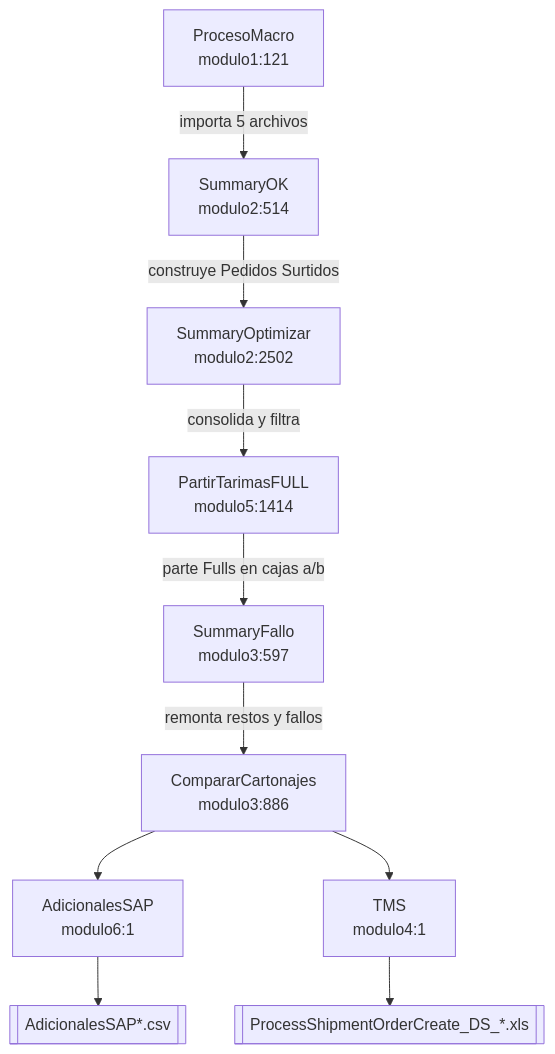
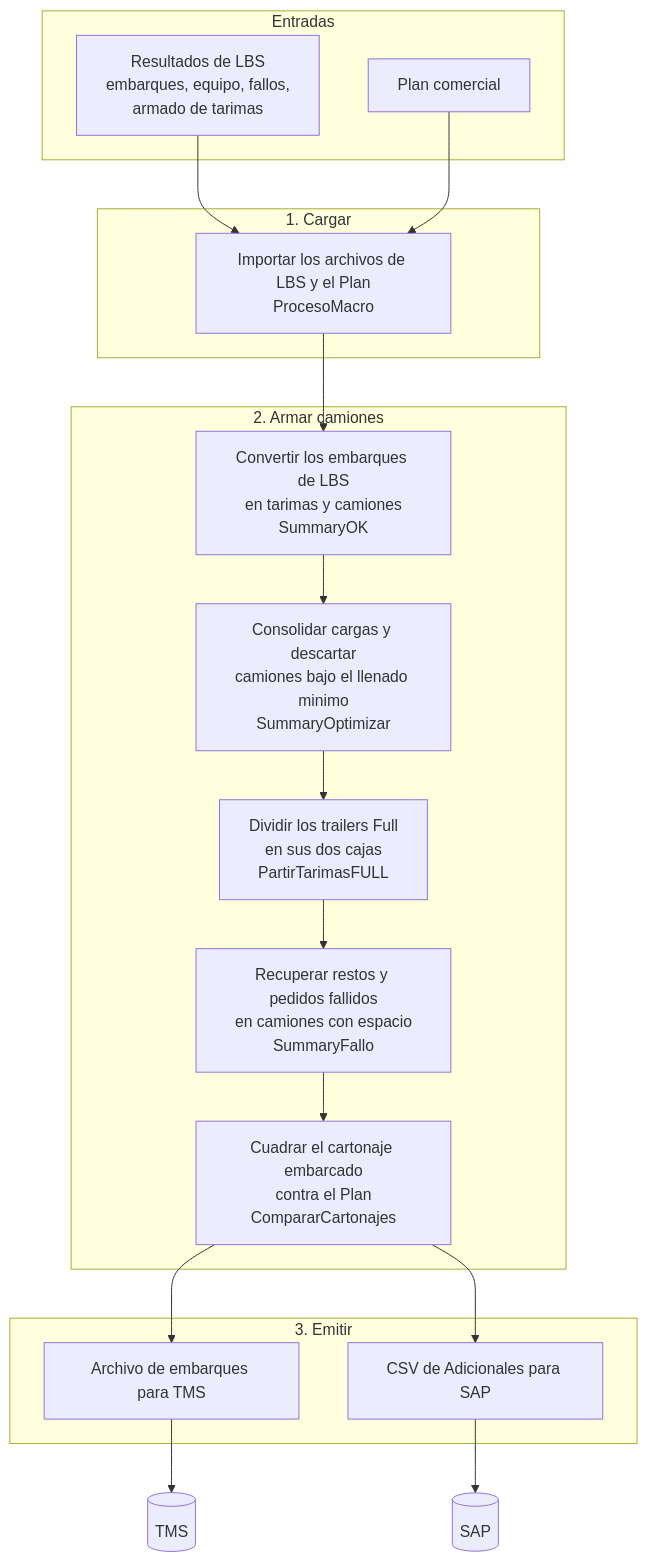
The third of 3 diagrams in documentation/Macro Salida/README.md (jp-hidalgo-ABI/Documentacion-Macros-LBS), drawn with Mermaid before and after one commit. The commit also changed other lines of this file, not shown here.

````diff
--- a/documentation/Macro Salida/README.md
+++ b/documentation/Macro Salida/README.md
@@ -18,21 +359,32 @@
 ```mermaid
 flowchart TB
-  P["ProcesoMacro<br/>modulo1:121"]
-  OK["SummaryOK<br/>modulo2:514"]
-  OPT["SummaryOptimizar<br/>modulo2:2502"]
-  PT["PartirTarimasFULL<br/>modulo5:1414"]
-  SF["SummaryFallo<br/>modulo3:597"]
-  CC["CompararCartonajes<br/>modulo3:886"]
-  SAP["AdicionalesSAP<br/>modulo6:1"]
-  TMS["TMS<br/>modulo4:1"]
+  subgraph inputs [Entradas]
+    LbsOut["Resultados de LBS<br/>embarques, equipo, fallos,<br/>armado de tarimas"]
+    PlanIn["Plan comercial"]
+  end
 
-  P -->|"importa 5 archivos"| OK
-  OK -->|"construye Pedidos Surtidos"| OPT
-  OPT -->|"consolida y filtra"| PT
-  PT -->|"parte Fulls en cajas a/b"| SF
-  SF -->|"remonta restos y fallos"| CC
-  CC --> SAP
-  CC --> TMS
-  TMS --> Out[["ProcessShipmentOrderCreate_DS_*.xls"]]
-  SAP --> Csv[["AdicionalesSAP*.csv"]]
+  subgraph load [1. Cargar]
+    Importar["Importar los archivos de LBS y el Plan<br/>ProcesoMacro"]
+  end
+
+  subgraph build [2. Armar camiones]
+    Construir["Convertir los embarques de LBS<br/>en tarimas y camiones<br/>SummaryOK"]
+    Optimizar["Consolidar cargas y descartar<br/>camiones bajo el llenado minimo<br/>SummaryOptimizar"]
+    Partir["Dividir los trailers Full<br/>en sus dos cajas<br/>PartirTarimasFULL"]
+    Remontar["Recuperar restos y pedidos fallidos<br/>en camiones con espacio<br/>SummaryFallo"]
+    Cuadrar["Cuadrar el cartonaje embarcado<br/>contra el Plan<br/>CompararCartonajes"]
+  end
+
+  subgraph emit [3. Emitir]
+    OutTms["Archivo de embarques para TMS"]
+    OutSap["CSV de Adicionales para SAP"]
+  end
+
+  LbsOut --> Importar
+  PlanIn --> Importar
+  Importar --> Construir --> Optimizar --> Partir --> Remontar --> Cuadrar
+  Cuadrar --> OutTms
+  Cuadrar --> OutSap
+  OutTms --> SistemaTms[(TMS)]
+  OutSap --> SistemaSap[(SAP)]
 ```
````
